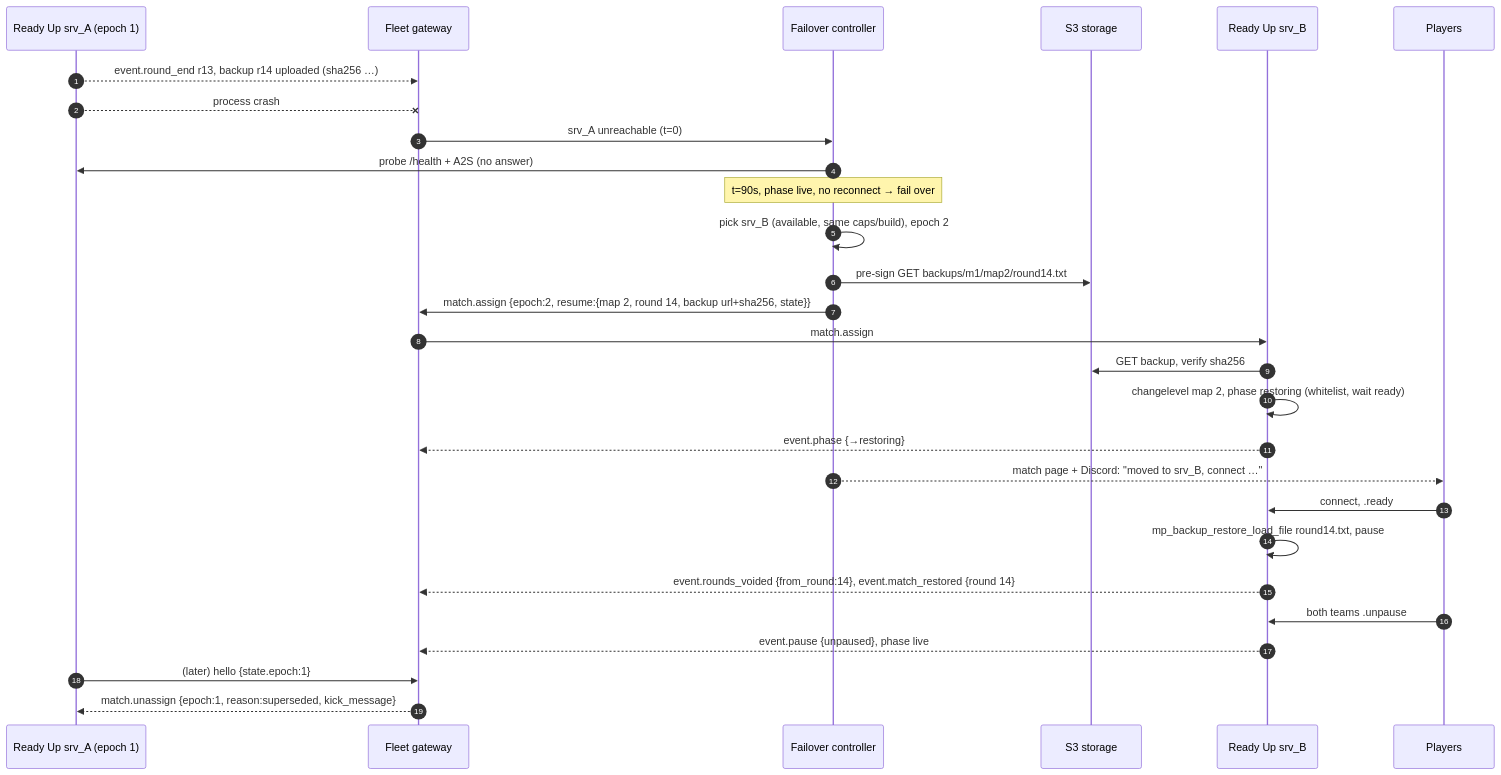
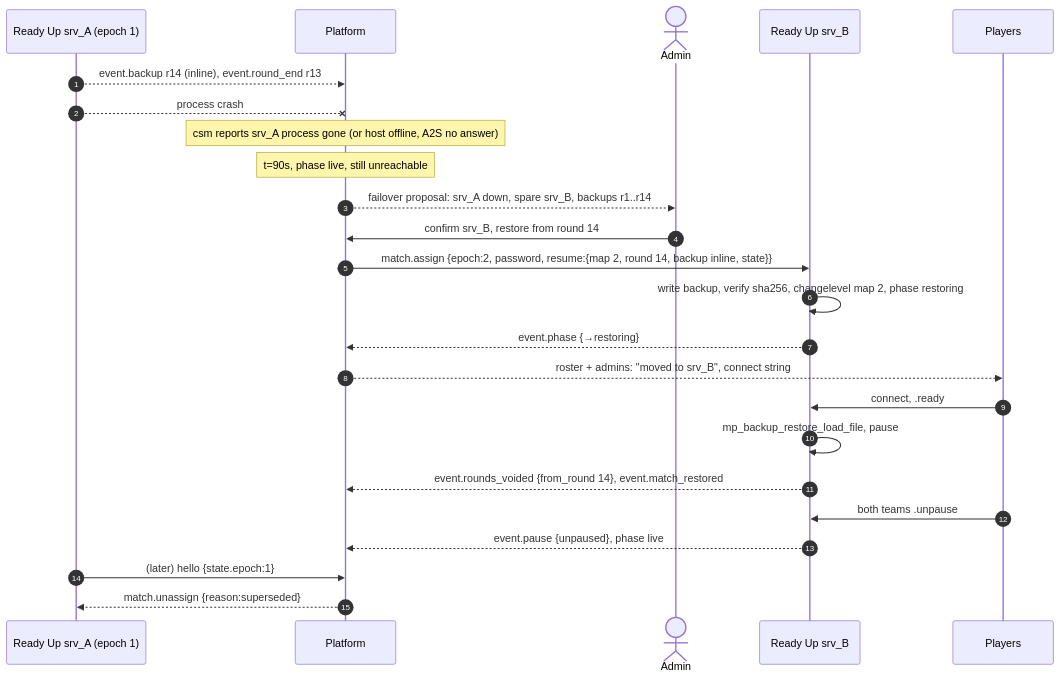
One commit to Auto-Tournament/ready-up changed the fifth of 7 diagrams in docs/FLEET.md. Above: the diagram before and after it, drawn with Mermaid. The commit also changed other lines of this file, not shown here.

First line of the commit message:
docs(fleet): bake in Sivert's review decisions, add hosts (csm) channel

````diff
--- a/docs/FLEET.md
+++ b/docs/FLEET.md
@@ -768,30 +805,26 @@
 ```mermaid
 sequenceDiagram
     autonumber
     participant RU1 as Ready Up srv_A (epoch 1)
-    participant GW as Fleet gateway
-    participant FC as Failover controller
-    participant S3 as S3 storage
+    participant GW as Platform
+    actor Adm as Admin
     participant RU2 as Ready Up srv_B
     participant P as Players
-    RU1-->>GW: event.round_end r13, backup r14 uploaded (sha256 …)
+    RU1-->>GW: event.backup r14 (inline), event.round_end r13
     RU1--xGW: process crash
-    GW->>FC: srv_A unreachable (t=0)
-    FC->>RU1: probe /health + A2S (no answer)
-    Note over FC: t=90s, phase live, no reconnect → fail over
-    FC->>FC: pick srv_B (available, same caps/build), epoch 2
-    FC->>S3: pre-sign GET backups/m1/map2/round14.txt
-    FC->>GW: match.assign {epoch:2, resume:{map 2, round 14, backup url+sha256, state}}
-    GW->>RU2: match.assign
-    RU2->>S3: GET backup, verify sha256
-    RU2->>RU2: changelevel map 2, phase restoring (whitelist, wait ready)
+    Note over GW: csm reports srv_A process gone (or host offline, A2S no answer)
+    Note over GW: t=90s, phase live, still unreachable
+    GW-->>Adm: failover proposal: srv_A down, spare srv_B, backups r1..r14
+    Adm->>GW: confirm srv_B, restore from round 14
+    GW->>RU2: match.assign {epoch:2, password, resume:{map 2, round 14, backup inline, state}}
+    RU2->>RU2: write backup, verify sha256, changelevel map 2, phase restoring
     RU2-->>GW: event.phase {→restoring}
-    FC-->>P: match page + Discord: "moved to srv_B, connect …"
+    GW-->>P: roster + admins: "moved to srv_B", connect string
     P->>RU2: connect, .ready
-    RU2->>RU2: mp_backup_restore_load_file round14.txt, pause
-    RU2-->>GW: event.rounds_voided {from_round:14}, event.match_restored {round 14}
+    RU2->>RU2: mp_backup_restore_load_file, pause
+    RU2-->>GW: event.rounds_voided {from_round 14}, event.match_restored
     P->>RU2: both teams .unpause
     RU2-->>GW: event.pause {unpaused}, phase live
     RU1->>GW: (later) hello {state.epoch:1}
-    GW-->>RU1: match.unassign {epoch:1, reason:superseded, kick_message}
+    GW-->>RU1: match.unassign {reason:superseded}
 ```
````
